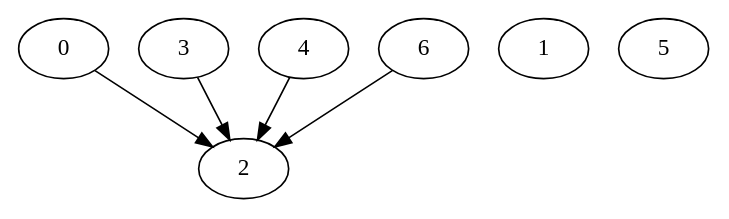
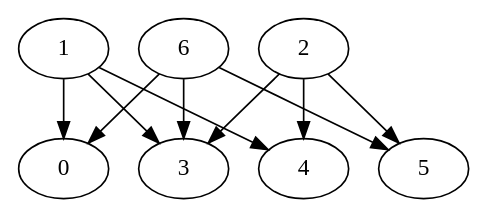
One commit to nreusch/TSNConf changed the diagram in utils/apps/app.dot. Above: the diagram before and after it, drawn with Graphviz. The commit also changed 21 other files, not shown here.

```diff
--- a/utils/apps/app.dot
+++ b/utils/apps/app.dot
@@ -1,8 +1,11 @@
 digraph dag {
-	0 -> 2;
-	1;
-	3 -> 2;
-	4 -> 2;
-	5;
-	6 -> 2;
+	1 -> 0;
+	1 -> 3;
+	1 -> 4;
+	2 -> 3;
+	2 -> 4;
+	2 -> 5;
+	6 -> 0;
+	6 -> 3;
+	6 -> 5;
 }
```
